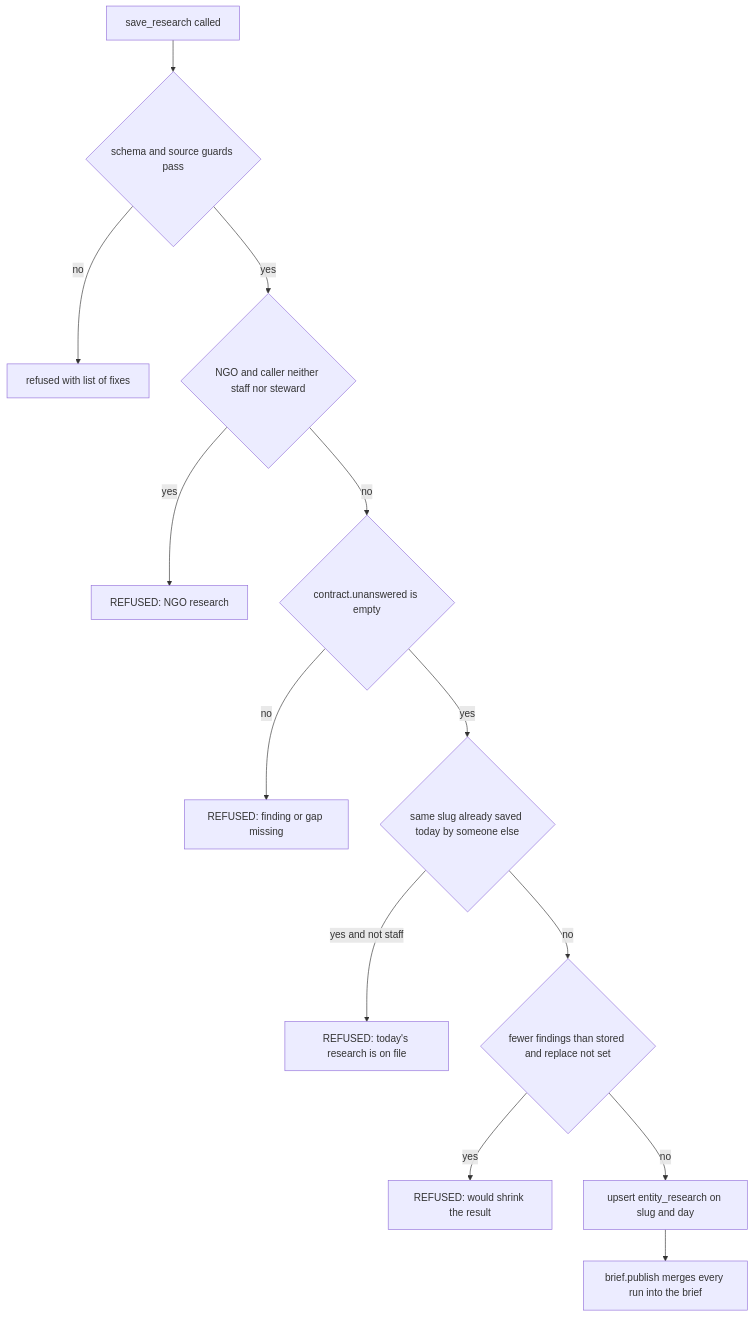
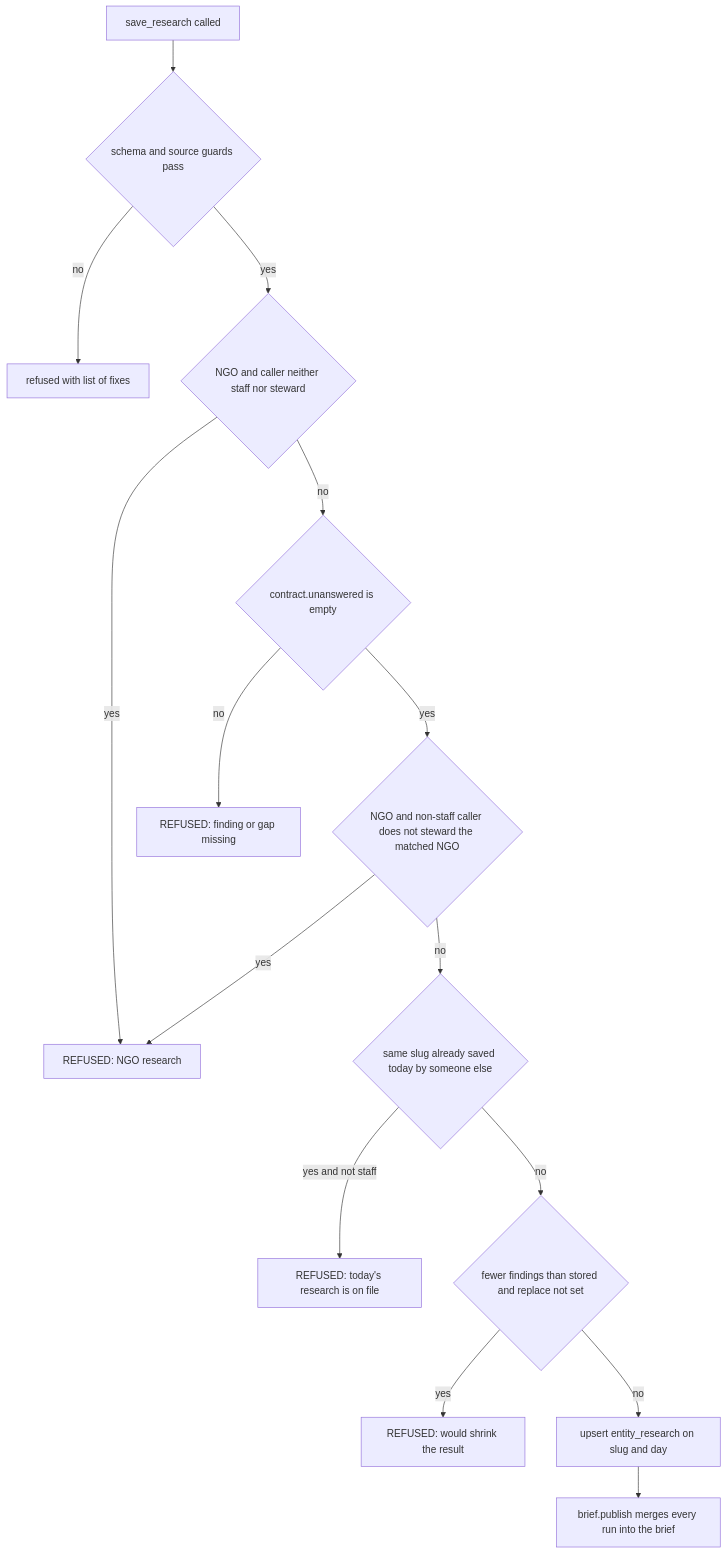
One commit to project-tech4dev/sangam changed the second of 2 diagrams in openwiki/architecture/sangam-import-scout.md. Above: the diagram before and after it, drawn with Mermaid. The commit also changed other lines of this file and 107 other files, not shown here.

````diff
--- a/openwiki/architecture/sangam-import-scout.md
+++ b/openwiki/architecture/sangam-import-scout.md
@@ -211,15 +234,17 @@
 ```mermaid
 flowchart TD
     A["save_research called"] --> V{"schema and source guards pass"}
     V -- no --> X1["refused with list of fixes"]
     V -- yes --> K{"NGO and caller neither staff nor steward"}
     K -- yes --> X2["REFUSED: NGO research"]
     K -- no --> U{"contract.unanswered is empty"}
     U -- no --> X3["REFUSED: finding or gap missing"]
-    U -- yes --> D{"same slug already saved today by someone else"}
+    U -- yes --> M{"NGO and non-staff caller does not steward the matched NGO"}
+    M -- yes --> X2
+    M -- no --> D{"same slug already saved today by someone else"}
     D -- "yes and not staff" --> X4["REFUSED: today's research is on file"]
     D -- no --> S{"fewer findings than stored and replace not set"}
     S -- yes --> X5["REFUSED: would shrink the result"]
     S -- no --> O["upsert entity_research on slug and day"]
     O --> P["brief.publish merges every run into the brief"]
 ```
````
